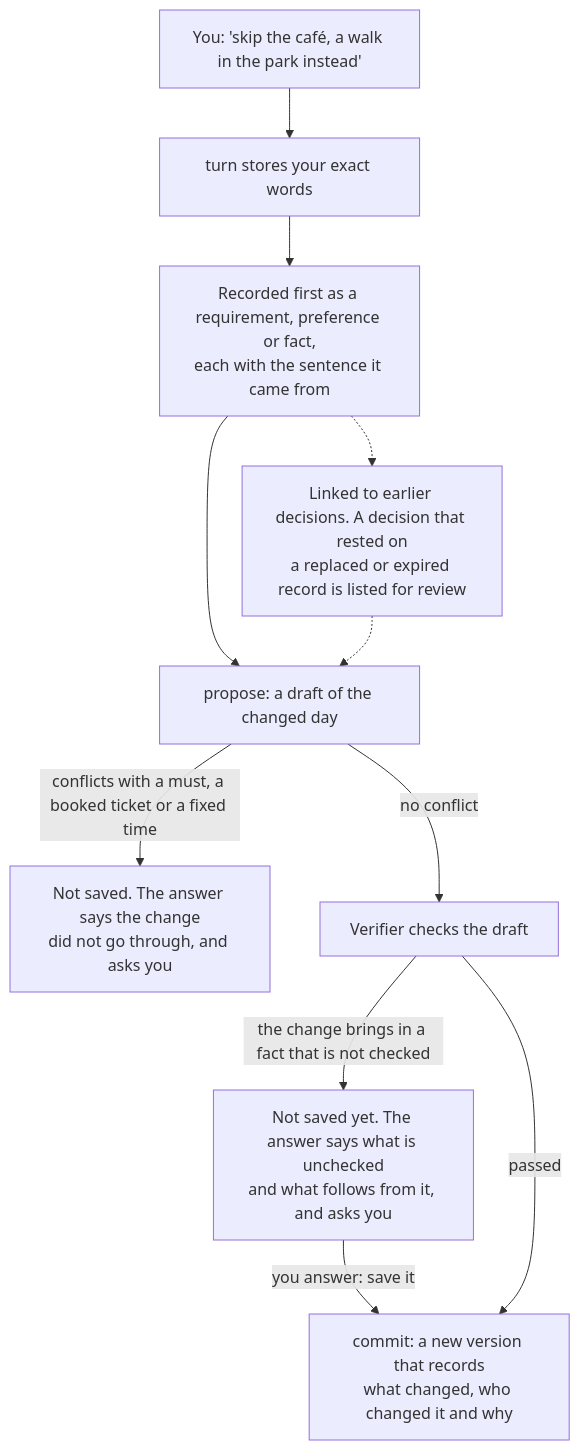
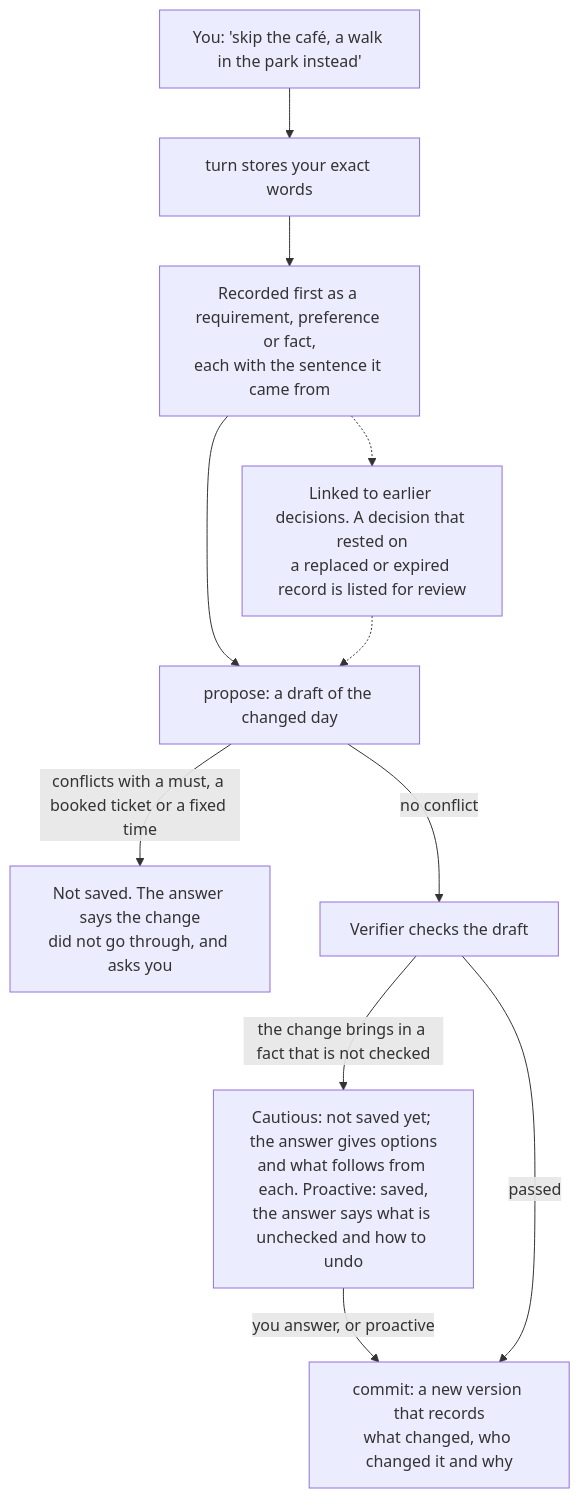
Before and after one commit to zlxdengtianhei/tripwright: the second of 3 diagrams in README.md, drawn with Mermaid. The commit also changed other lines of this file and 3 other files, not shown here.

Commit message:
README, deploy/README and homepage: unverified facts follow the save mode the user chooses (cautious by default, asks with options; proactive saves and says how to undo); the deployment variable is only the default

````diff
--- a/README.md
+++ b/README.md
@@ -42,12 +42,12 @@
 ```mermaid
 flowchart TD
     A["You: 'skip the café, a walk in the park instead'"] --> B["turn stores your exact words"]
     B --> C["Recorded first as a requirement, preference or fact,<br/>each with the sentence it came from"]
     C -.-> D["Linked to earlier decisions. A decision that rested on<br/>a replaced or expired record is listed for review"]
     C --> E["propose: a draft of the changed day"]
     D -.-> E
     E -->|"conflicts with a must, a booked ticket or a fixed time"| X["Not saved. The answer says the change<br/>did not go through, and asks you"]
     E -->|"no conflict"| F["Verifier checks the draft"]
-    F -->|"the change brings in a fact that is not checked"| Y["Not saved yet. The answer says what is unchecked<br/>and what follows from it, and asks you"] -->|"you answer: save it"| H
+    F -->|"the change brings in a fact that is not checked"| Y["Cautious: not saved yet; the answer gives options<br/>and what follows from each. Proactive: saved,<br/>the answer says what is unchecked and how to undo"] -->|"you answer, or proactive"| H
     F -->|"passed"| H["commit: a new version that records<br/>what changed, who changed it and why"]
 ```
````
